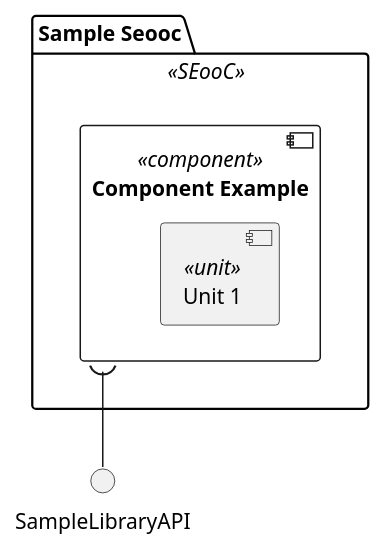
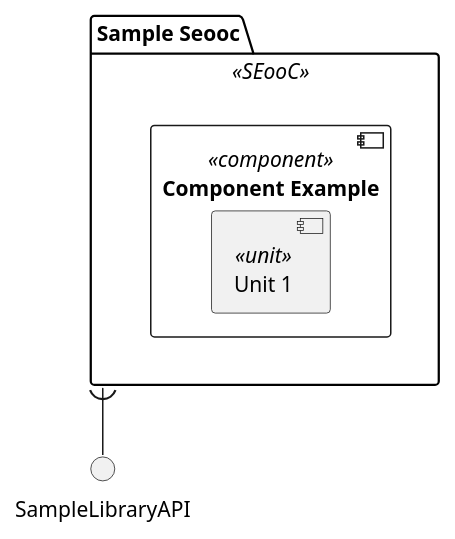
The diagram in validation/core/integration_test/component_public_api/negative_public_api_wrong_type/static_design.puml (eclipse-score/tooling), drawn with PlantUML before and after one commit. The commit also changed 6 other files, not shown here.

Commit message:
Refactor component public API diagnostics

```diff
--- a/validation/core/integration_test/component_public_api/negative_public_api_wrong_type/static_design.puml
+++ b/validation/core/integration_test/component_public_api/negative_public_api_wrong_type/static_design.puml
@@ -14,12 +14,12 @@
 @startuml static_design
 
 package "Sample Seooc" as sample_seooc <<SEooC>> {
     component "Component Example" as component_example <<component>> {
         component "Unit 1" as unit_1 <<unit>>
     }
 }
 
 interface "SampleLibraryAPI" as SampleLibraryAPI
-component_example )-d- SampleLibraryAPI
+sample_seooc )-d- SampleLibraryAPI
 
 @enduml
```
